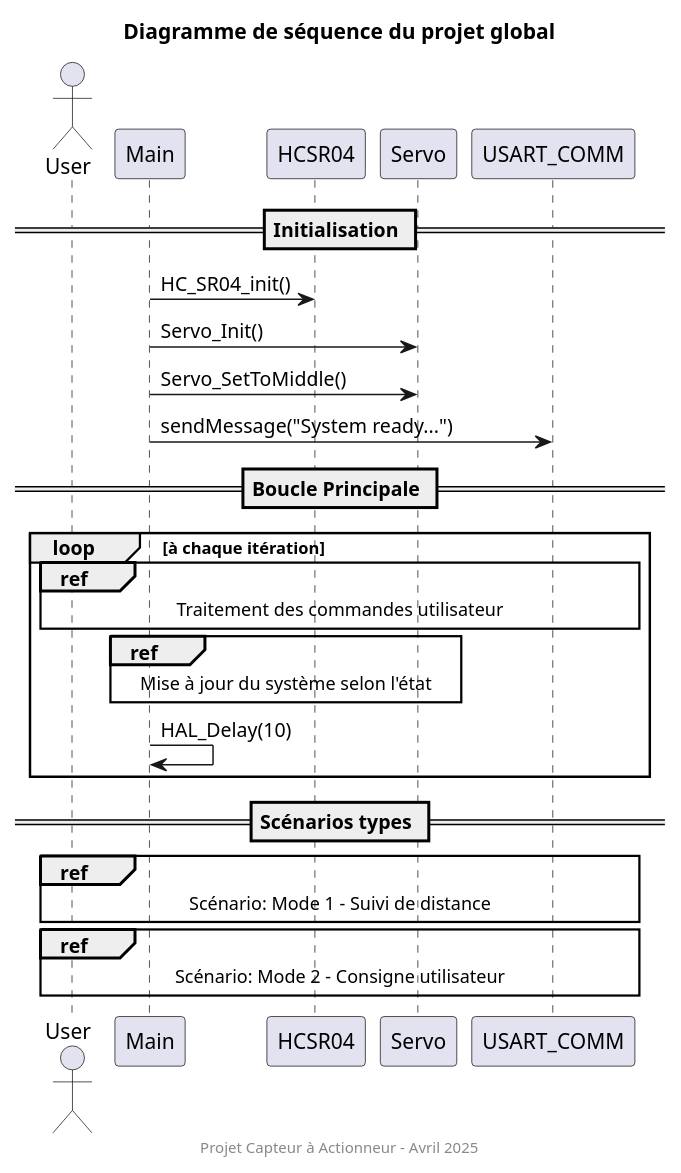
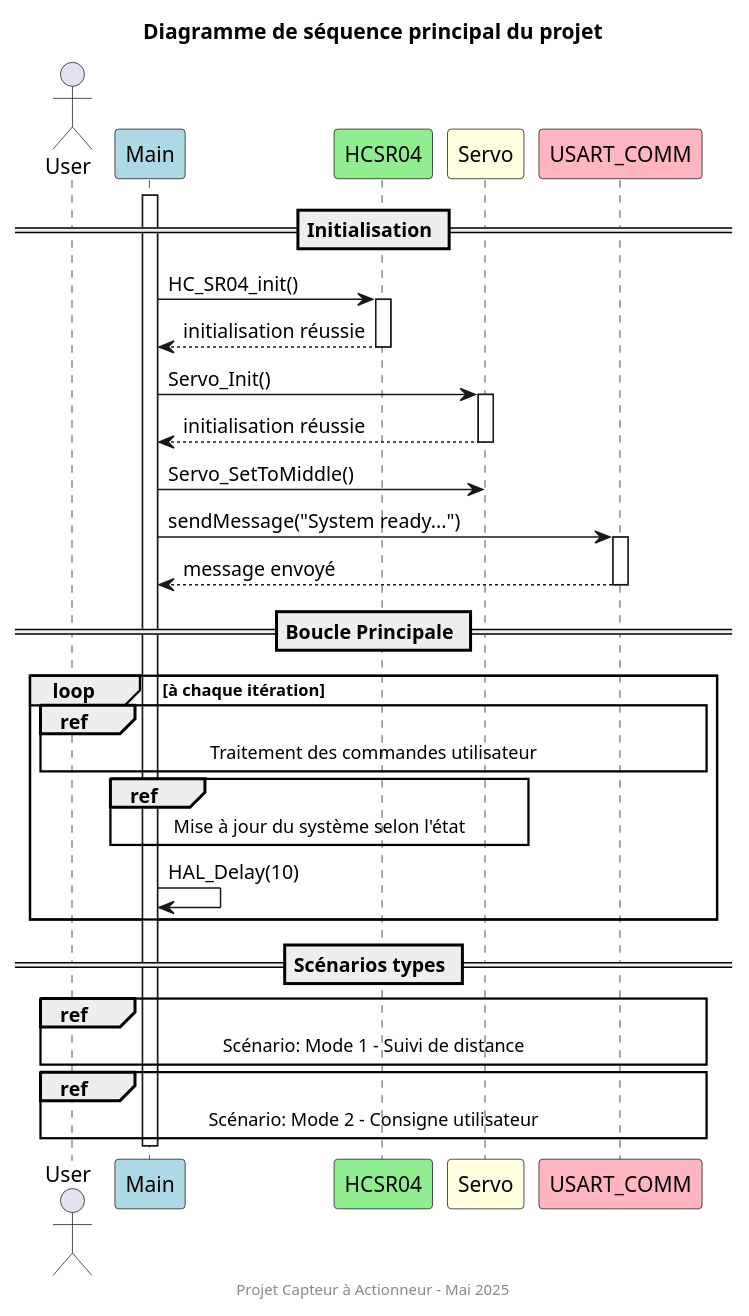
One commit to AzTaiiyoo/Capteur_actionneur changed the diagram in doc-README/DS-Main.puml. Above: the diagram before and after it, drawn with PlantUML. The commit also changed 16 other files, not shown here.

```diff
--- a/doc-README/DS-Main.puml
+++ b/doc-README/DS-Main.puml
@@ -1,44 +1,60 @@
 @startuml
 
-' Participants (modules)
+' Participants (modules) avec couleurs pour faciliter la lecture
 actor "User" as User
-participant "Main" as Main
-participant "HCSR04" as HCSR04
-participant "Servo" as Servo
-participant "USART_COMM" as USART
+participant "Main" as Main #LightBlue
+participant "HCSR04" as HCSR04 #LightGreen
+participant "Servo" as Servo #LightYellow
+participant "USART_COMM" as USART #LightPink
 
-' Initialisation
+' Titre plus visible
+title Diagramme de séquence principal du projet
+
+' Initialisation avec activation
 == Initialisation ==
+activate Main
 Main -> HCSR04: HC_SR04_init()
+activate HCSR04
+HCSR04 --> Main: initialisation réussie
+deactivate HCSR04
+
 Main -> Servo: Servo_Init()
+activate Servo
+Servo --> Main: initialisation réussie
+deactivate Servo
+
 Main -> Servo: Servo_SetToMiddle()
 Main -> USART: sendMessage("System ready...")
+activate USART
+USART --> Main: message envoyé
+deactivate USART
 
 ' Boucle principale avec référence
 == Boucle Principale ==
 loop à chaque itération
   ref over User, Main, HCSR04, Servo, USART
     Traitement des commandes utilisateur
   end ref
   
   ref over Main, HCSR04, Servo
     Mise à jour du système selon l'état
   end ref
   
   Main -> Main: HAL_Delay(10)
 end
 
 ' Scénarios de cas d'utilisation typiques
 == Scénarios types ==
 ref over User, Main, HCSR04, Servo, USART
   Scénario: Mode 1 - Suivi de distance
 end ref
 
 ref over User, Main, Servo, USART
   Scénario: Mode 2 - Consigne utilisateur
 end ref
 
-title Diagramme de séquence du projet global
-footer Projet Capteur à Actionneur – Avril 2025
+deactivate Main
+
+footer Projet Capteur à Actionneur – Mai 2025
 
 @enduml
```
